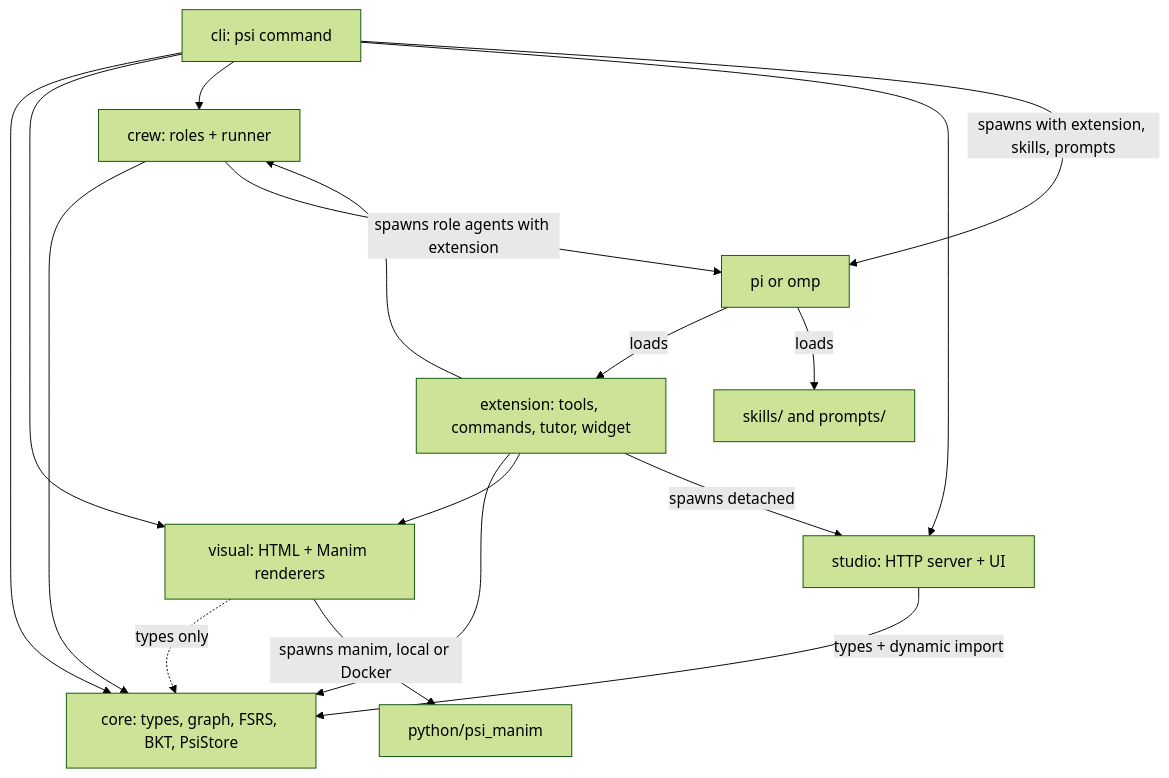
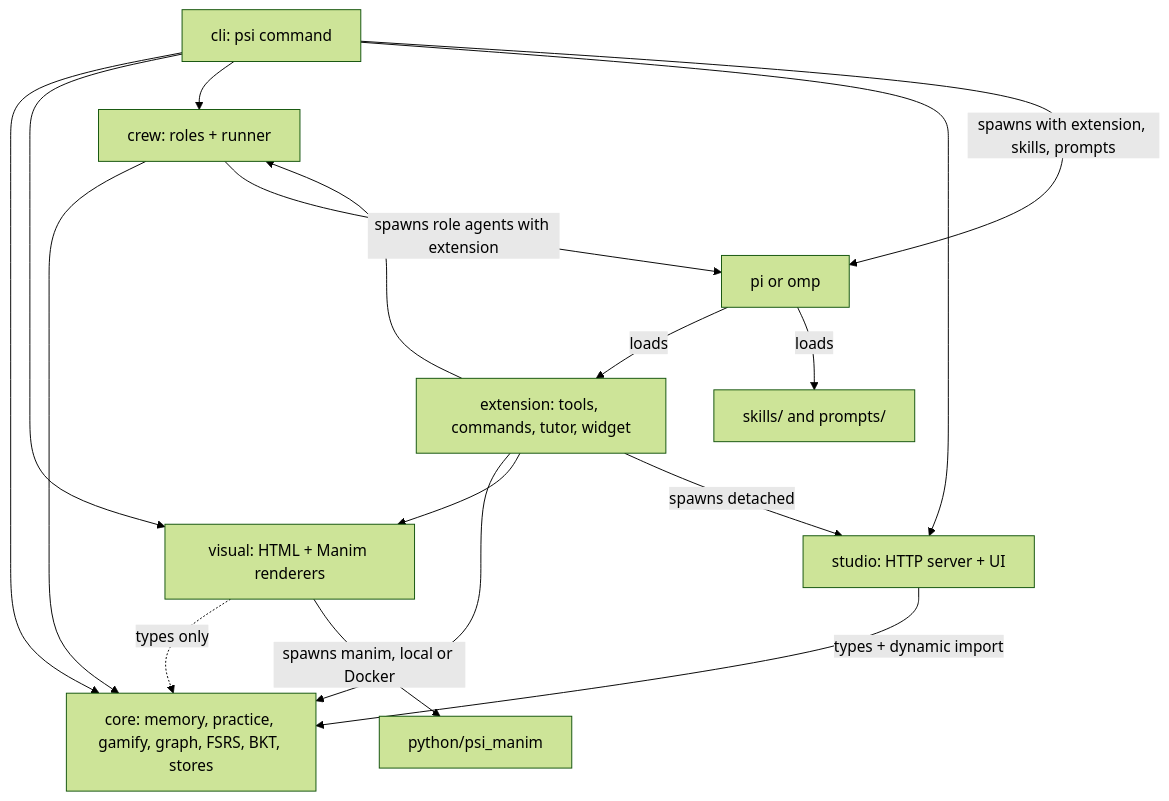
Before and after one commit to argenestel/psiharness: the diagram in docs/architecture.md, drawn with Mermaid (forest theme). The commit also changed other lines of this file and 8 other files, not shown here.

````diff
--- a/docs/architecture.md
+++ b/docs/architecture.md
@@ -12,19 +36,19 @@
 ```mermaid
 flowchart TD
-  CLI[cli: psi command] --> Core[core: types, graph, FSRS, BKT, PsiStore]
+  CLI[cli: psi command] --> Core[core: memory, practice, gamify, graph, FSRS, BKT, stores]
   CLI --> Visual[visual: HTML + Manim renderers]
   CLI --> Crew[crew: roles + runner]
   CLI --> Studio[studio: HTTP server + UI]
   CLI -->|spawns with extension, skills, prompts| Host[pi or omp]
   Host -->|loads| Ext[extension: tools, commands, tutor, widget]
   Host -->|loads| Resources[skills/ and prompts/]
   Ext --> Core
   Ext --> Visual
   Ext --> Crew
   Ext -->|spawns detached| Studio
   Crew --> Core
   Crew -->|spawns role agents with extension| Host
   Visual -.->|types only| Core
   Studio -->|types + dynamic import| Core
   Visual -->|spawns manim, local or Docker| Python[python/psi_manim]
 ```
````
